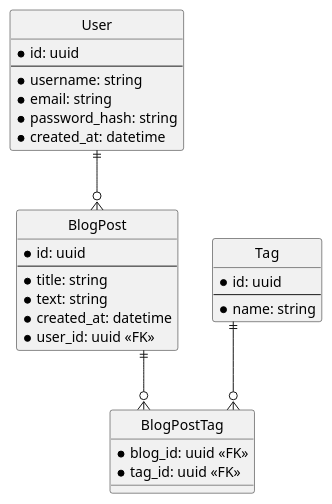
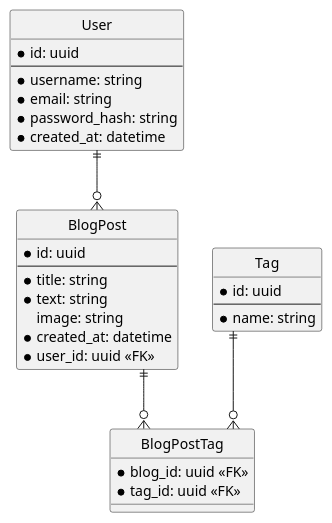
The diagram in docs/er-diagram.puml (Tomas00217/TriFrameBlog), drawn with PlantUML before and after one commit. The commit also changed 5 other files, not shown here.

```diff
--- a/docs/er-diagram.puml
+++ b/docs/er-diagram.puml
@@ -1,39 +1,40 @@
 @startuml erd
 
 hide circle
 skinparam Linetype ortho
 
 entity User {
     * id: uuid
     --
     * username: string
     * email: string
     * password_hash: string
     * created_at: datetime
 }
 
 entity BlogPost {
     * id: uuid
     --
     * title: string
     * text: string
+    image: string
     * created_at: datetime
     * user_id: uuid <<FK>>
 }
 
 entity Tag {
     * id: uuid
     --
     * name: string
 }
 
 entity BlogPostTag {
     * blog_id: uuid <<FK>>
     * tag_id: uuid <<FK>>
 }
 
 User ||--o{ BlogPost
 BlogPost ||--o{ BlogPostTag
 Tag ||--o{ BlogPostTag
 
 @enduml
```
